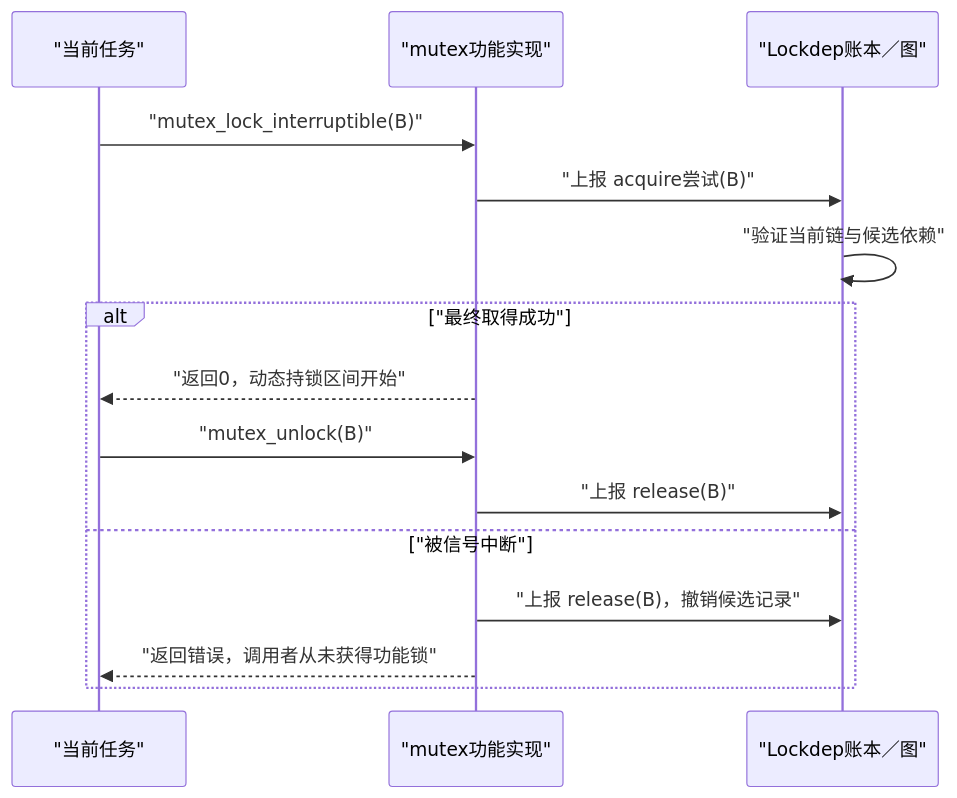
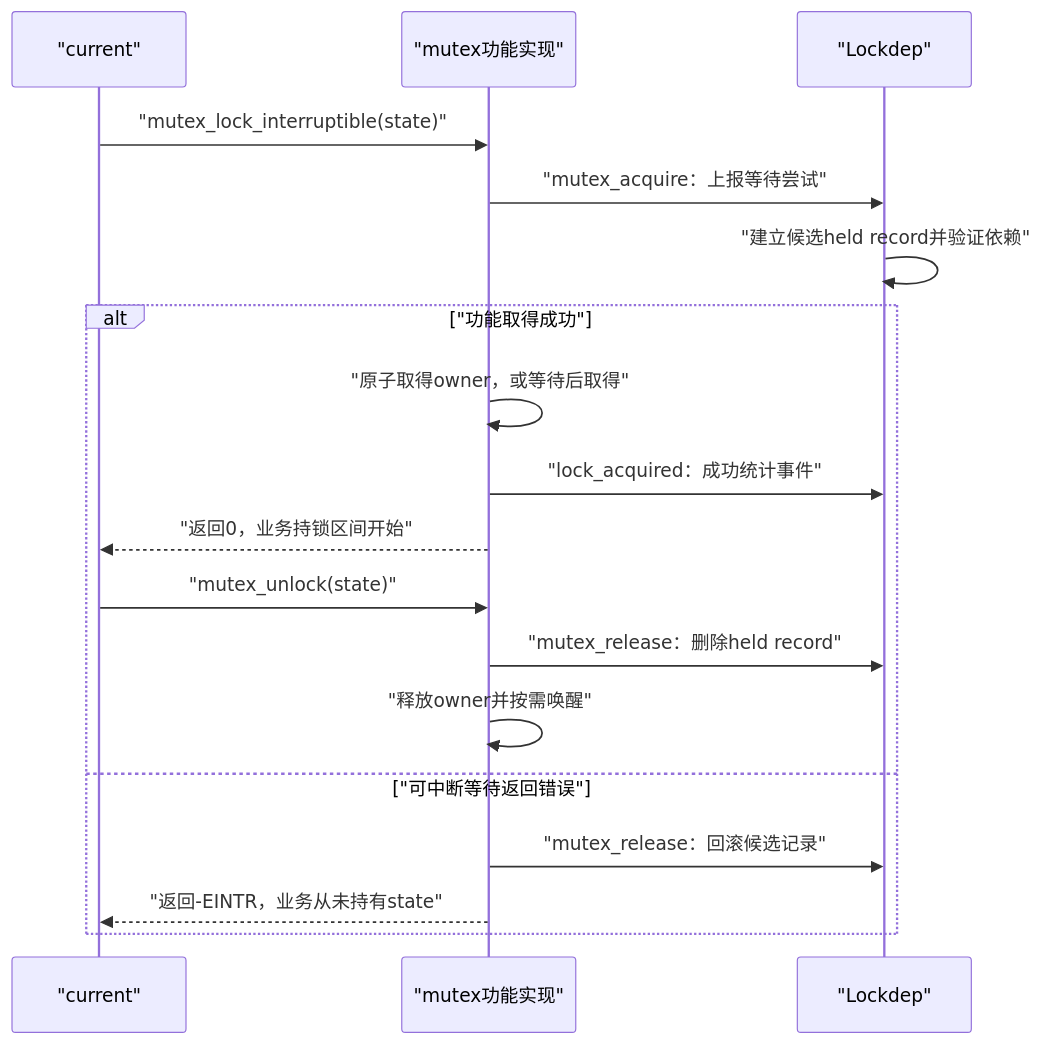
One commit to FormingSystem/linux_note changed the first of 2 diagrams in knowledge/linux/synchronization/lockdep/P04_持锁账本_依赖图与状态闭环.md. Above: the diagram before and after it, drawn with Mermaid. The commit also changed other lines of this file and 21 other files, not shown here.

````diff
--- a/knowledge/linux/synchronization/lockdep/P04_持锁账本_依赖图与状态闭环.md
+++ b/knowledge/linux/synchronization/lockdep/P04_持锁账本_依赖图与状态闭环.md
@@ -61,17 +63,20 @@
 ```mermaid
 sequenceDiagram
-    participant T as "当前任务"
+    participant T as "current"
     participant M as "mutex功能实现"
-    participant L as "Lockdep账本／图"
-    T->>M: "mutex_lock_interruptible(B)"
-    M->>L: "上报 acquire尝试(B)"
-    L->>L: "验证当前链与候选依赖"
-    alt "最终取得成功"
-        M-->>T: "返回0，动态持锁区间开始"
-        T->>M: "mutex_unlock(B)"
-        M->>L: "上报 release(B)"
-    else "被信号中断"
-        M->>L: "上报 release(B)，撤销候选记录"
-        M-->>T: "返回错误，调用者从未获得功能锁"
+    participant L as "Lockdep"
+    T->>M: "mutex_lock_interruptible(state)"
+    M->>L: "mutex_acquire：上报等待尝试"
+    L->>L: "建立候选held record并验证依赖"
+    alt "功能取得成功"
+        M->>M: "原子取得owner，或等待后取得"
+        M->>L: "lock_acquired：成功统计事件"
+        M-->>T: "返回0，业务持锁区间开始"
+        T->>M: "mutex_unlock(state)"
+        M->>L: "mutex_release：删除held record"
+        M->>M: "释放owner并按需唤醒"
+    else "可中断等待返回错误"
+        M->>L: "mutex_release：回滚候选记录"
+        M-->>T: "返回-EINTR，业务从未持有state"
     end
 ```
````
